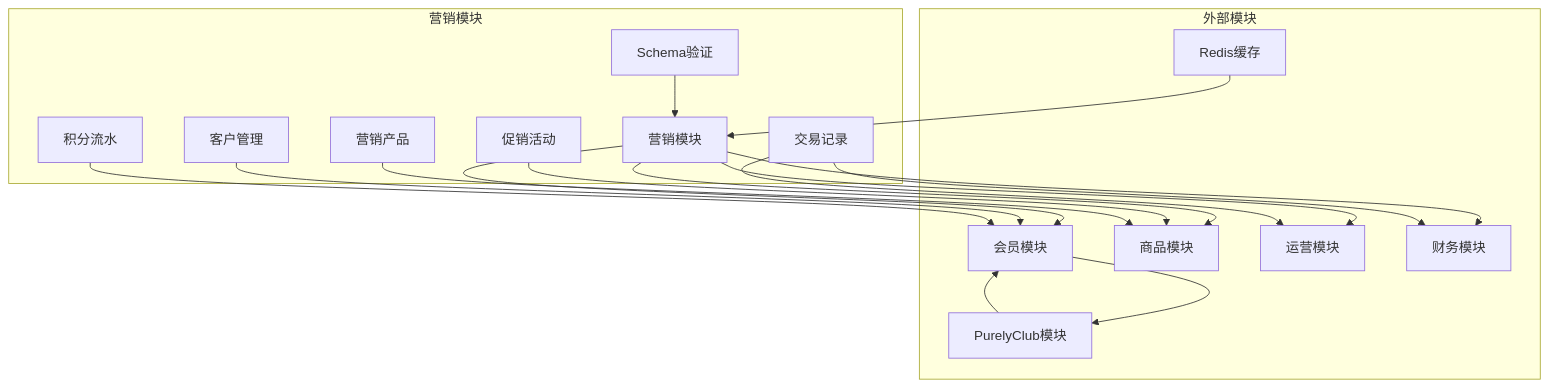
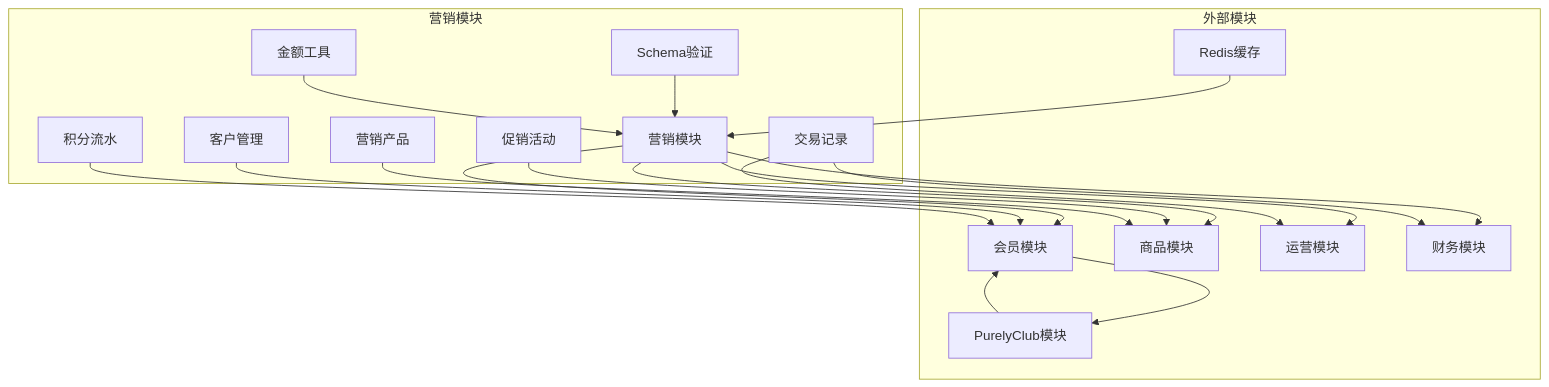
Diagram 42 of 43 in .qoder/repowiki/zh/content/业务模块/营销推广模块/营销推广模块.md (rc558620/purelyprofit-server), drawn with Mermaid before and after one commit. The commit also changed other lines of this file and 30 other files, not shown here.

````diff
--- a/.qoder/repowiki/zh/content/业务模块/营销推广模块/营销推广模块.md
+++ b/.qoder/repowiki/zh/content/业务模块/营销推广模块/营销推广模块.md
@@ -1507,34 +1717,36 @@
 ```mermaid
 graph TB
 subgraph "营销模块"
 Marketing["营销模块"]
 Customers["客户管理"]
 Promotions["促销活动"]
 Products["营销产品"]
 Transactions["交易记录"]
 PointsRecords["积分流水"]
 Schemas["Schema验证"]
+MoneyUtils["金额工具"]
 end
 subgraph "外部模块"
 Member["会员模块"]
 Goods["商品模块"]
 Operations["运营模块"]
 Finance["财务模块"]
 Club["PurelyClub模块"]
 Redis["Redis缓存"]
 end
 Marketing --> Member
 Marketing --> Goods
 Marketing --> Operations
 Marketing --> Finance
 Customers --> Member
 Promotions --> Goods
 Products --> Goods
 Transactions --> Operations
 Transactions --> Finance
 PointsRecords --> Member
 Member --> Club
 Club --> Member
 Redis --> Marketing
 Schemas --> Marketing
+MoneyUtils --> Marketing
 ```
````
